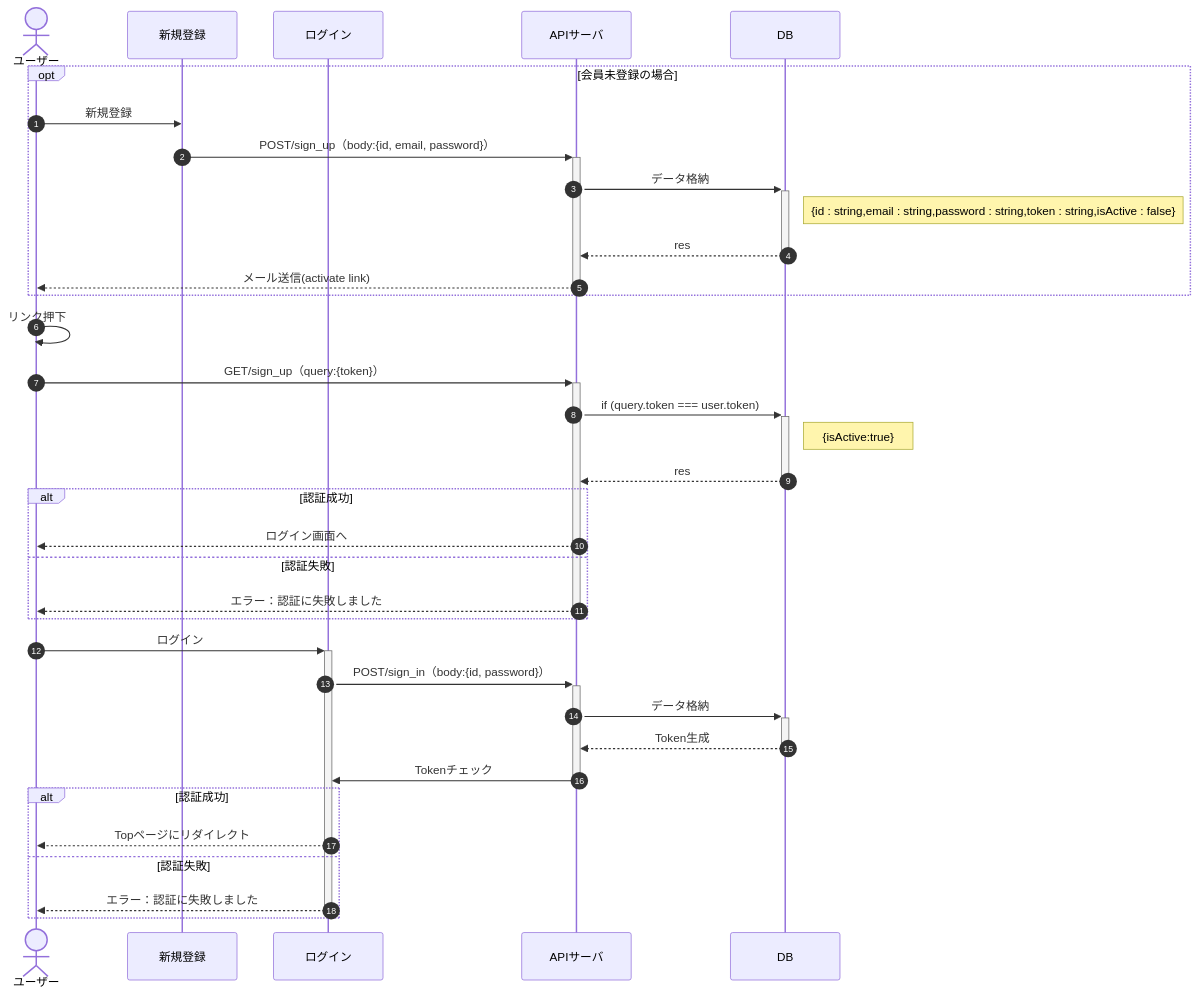
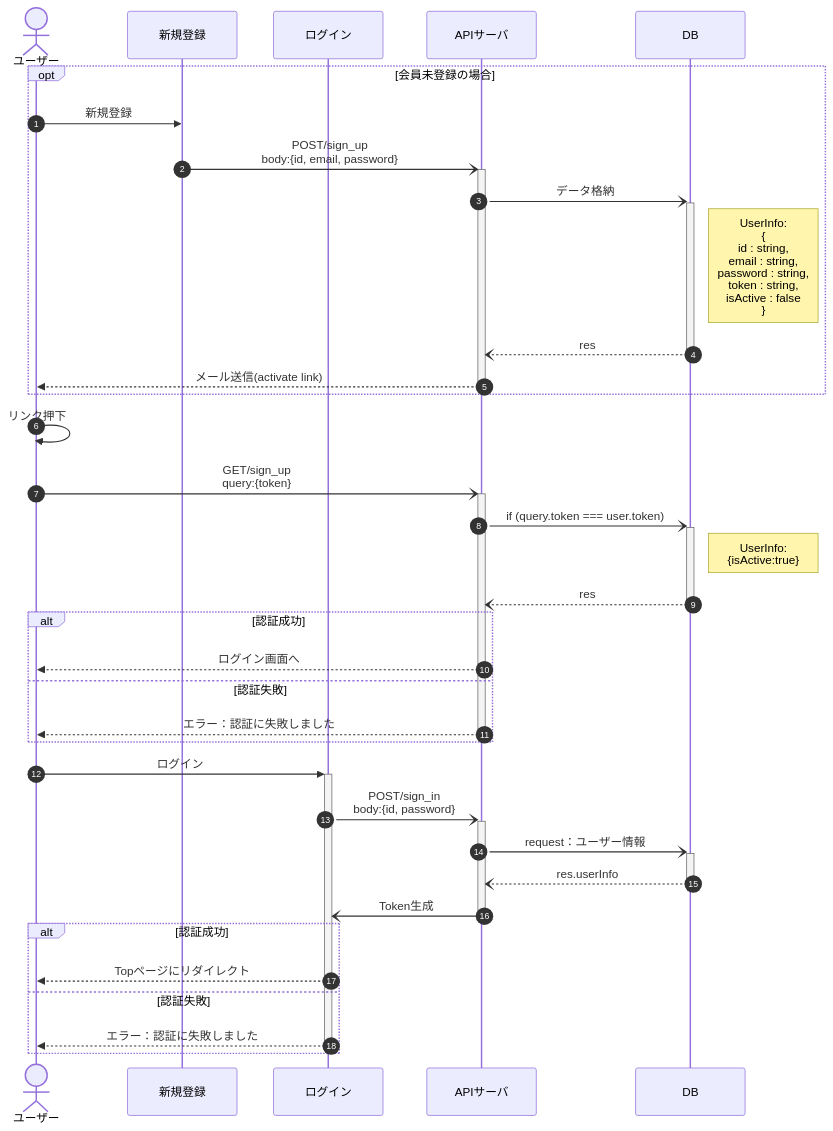
The diagram in SequenceDiagram.md (sopherre/splab.-27), drawn with Mermaid before and after one commit.

Commit message:
シーケンス文修正

````diff
--- a/SequenceDiagram.md
+++ b/SequenceDiagram.md
@@ -3,36 +3,36 @@
 ```mermaid
 sequenceDiagram
 actor ユーザー
 participant 新規登録
 participant ログイン
     autonumber
     opt 会員未登録の場合
       ユーザー->>新規登録: 新規登録
-      新規登録->>+APIサーバ:POST/sign_up（body:{id, email, password}）
-      APIサーバ->>+DB:データ格納
-      Note right of DB: {id : string,email : string,password : string,token : string,isActive : false}
-      DB-->>-APIサーバ:res
-      APIサーバ-->>-ユーザー:メール送信(activate link)
+      新規登録-)+APIサーバ: POST/sign_up<br>body:{id, email, password}
+      APIサーバ-)+DB: データ格納
+      Note right of DB: UserInfo:<br>{<br>id : string,<br>email : string,<br>password : string,<br>token : string,<br>isActive : false<br>}
+      DB--)-APIサーバ: res
+      APIサーバ-->>-ユーザー: メール送信(activate link)
     end
-    ユーザー->>ユーザー:リンク押下
-    ユーザー->>+APIサーバ:GET/sign_up（query:{token}）
-    APIサーバ->>+DB:if (query.token === user.token)
-    Note right of DB: {isActive:true}
-    DB-->>-APIサーバ:res
+    ユーザー->>ユーザー: リンク押下
+    ユーザー-)+APIサーバ: GET/sign_up<br>query:{token}
+    APIサーバ-)+DB: if (query.token === user.token)
+    Note right of DB: UserInfo:<br>{isActive:true}
+    DB--)-APIサーバ: res
     alt 認証成功
-      APIサーバ-->>ユーザー:ログイン画面へ
+      APIサーバ-->>ユーザー: ログイン画面へ
     else 認証失敗
-      APIサーバ-->>-ユーザー:エラー：認証に失敗しました
+      APIサーバ-->>-ユーザー: エラー：認証に失敗しました
     end
 
-    ユーザー->>+ログイン:ログイン
-    ログイン->>+APIサーバ:POST/sign_in（body:{id, password}）
-    APIサーバ->>+DB:データ格納
-    DB-->>-APIサーバ:Token生成
-    APIサーバ->>-ログイン:Tokenチェック
+    ユーザー->>+ログイン: ログイン
+    ログイン-)+APIサーバ: POST/sign_in<br>body:{id, password}
+    APIサーバ-)+DB: request：ユーザー情報
+    DB--)-APIサーバ: res.userInfo
+    APIサーバ-)-ログイン: Token生成
     alt 認証成功
-      ログイン-->>ユーザー:Topページにリダイレクト
+      ログイン-->>ユーザー: Topページにリダイレクト
     else 認証失敗
-      ログイン-->>-ユーザー:エラー：認証に失敗しました
+      ログイン-->>-ユーザー: エラー：認証に失敗しました
     end
 ```
````
